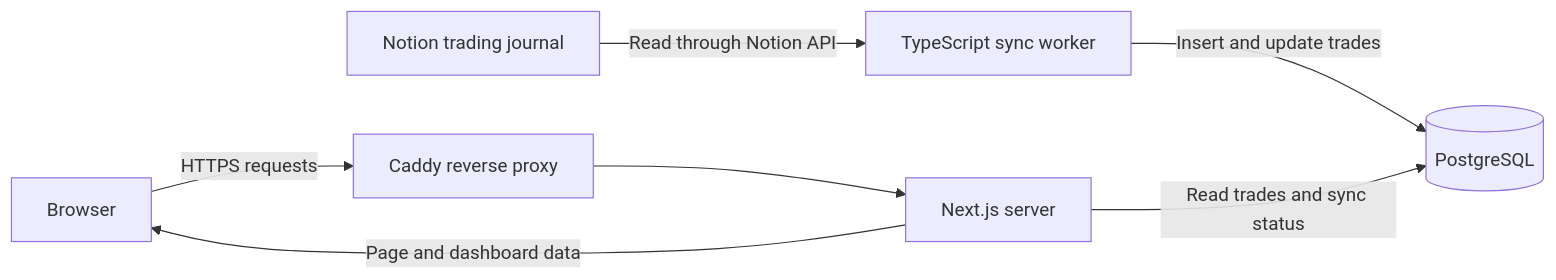
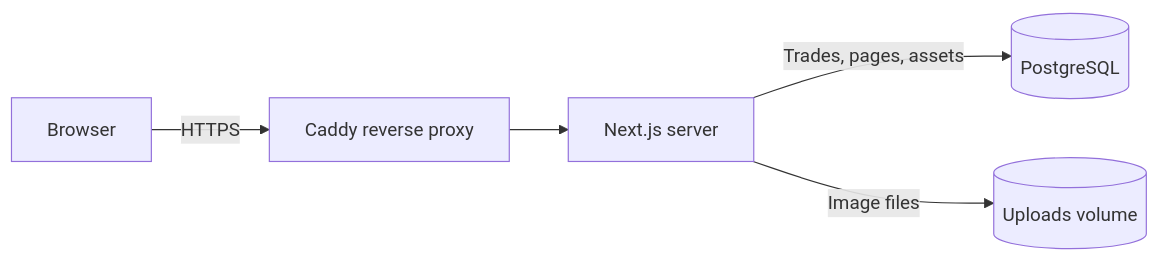
The diagram in README.md (TristanGimm/Trading-Dashboard), drawn with Mermaid before and after one commit. The commit also changed other lines of this file and 206 other files, not shown here.

First line of the commit message:
Restructure into master-trading-dashboard and app-ios

````diff
--- a/README.md
+++ b/README.md
@@ -15,9 +25,7 @@
 ```mermaid
 flowchart LR
-    N["Notion trading journal"] -->|"Read through Notion API"| W["TypeScript sync worker"]
-    W -->|"Insert and update trades"| DB[("PostgreSQL")]
-    B["Browser"] -->|"HTTPS requests"| C["Caddy reverse proxy"]
+    B["Browser"] -->|"HTTPS"| C["Caddy reverse proxy"]
     C --> S["Next.js server"]
-    S -->|"Read trades and sync status"| DB
-    S -->|"Page and dashboard data"| B
+    S -->|"Trades, pages, assets"| DB[("PostgreSQL")]
+    S -->|"Image files"| U[("Uploads volume")]
 ```
````
